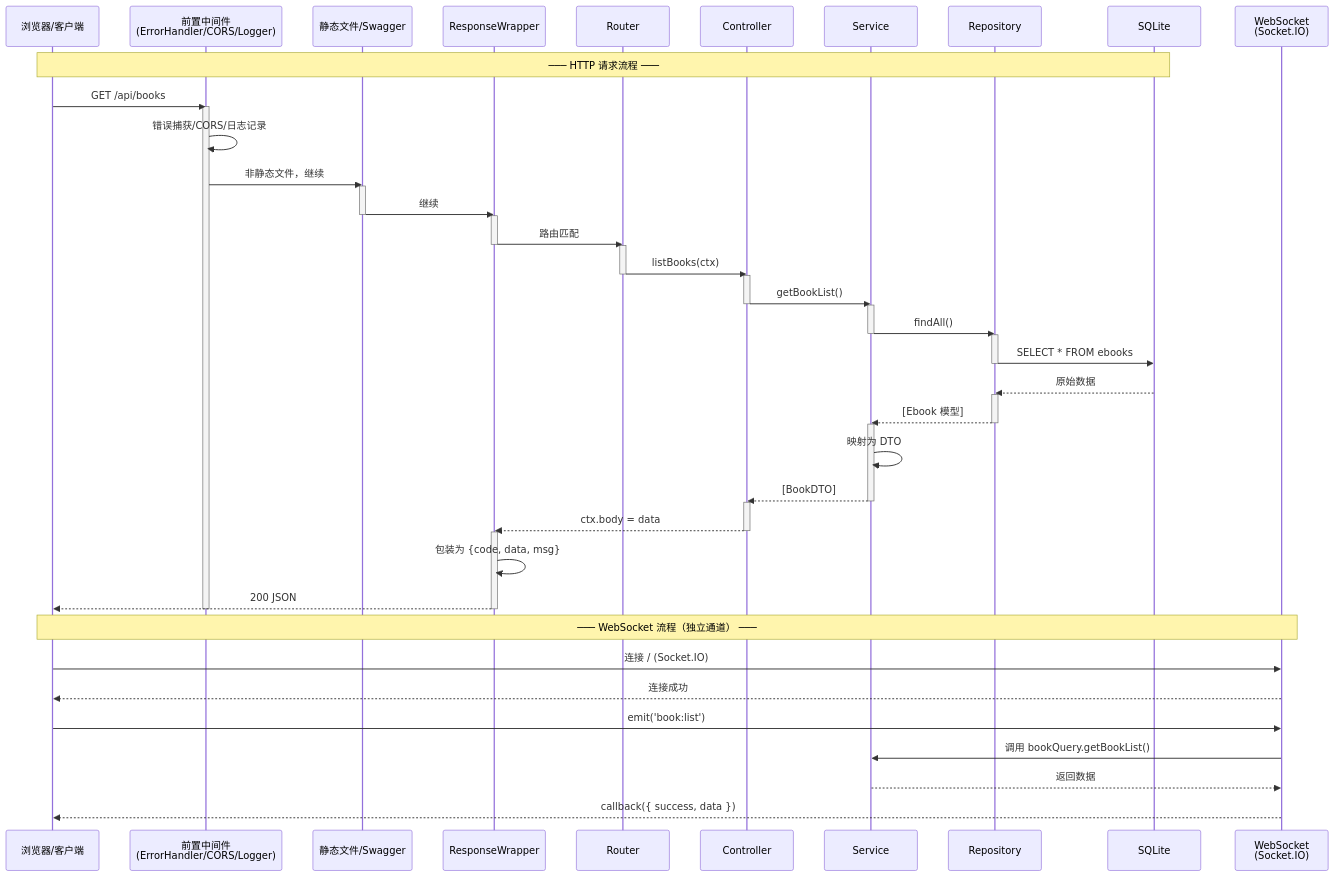
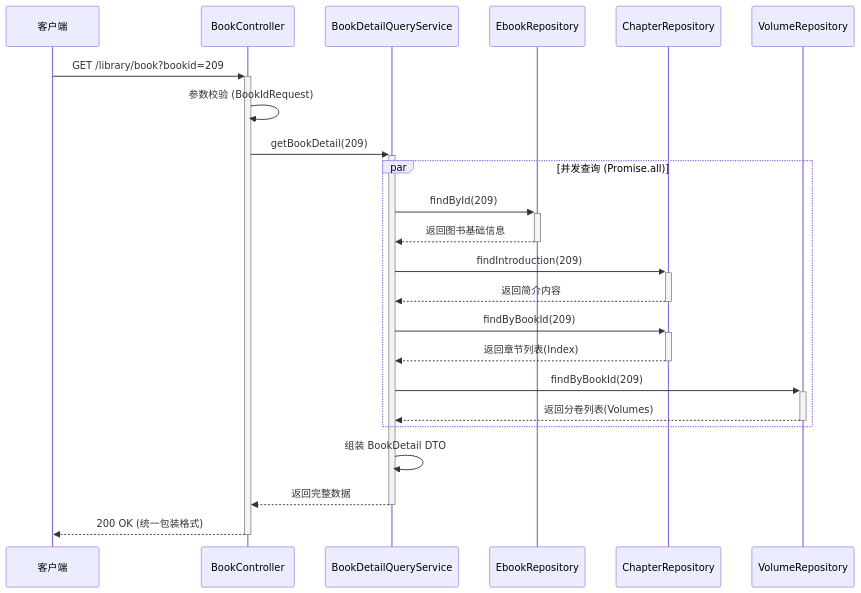
One commit to EbookWorkshop/Api-v4 changed the diagram in docs/sequence-diagram.mmd. Above: the diagram before and after it, drawn with Mermaid. The commit also changed 14 other files, not shown here.

```diff
--- a/docs/sequence-diagram.mmd
+++ b/docs/sequence-diagram.mmd
@@ -1,61 +1,26 @@
 sequenceDiagram
-    participant Client as 浏览器/客户端
-    participant PreMW as 前置中间件<br>(ErrorHandler/CORS/Logger)
-    participant Static as 静态文件/Swagger
-    participant Wrapper as ResponseWrapper
-    participant Router as Router
-    participant Controller as Controller
-    participant Service as Service
-    participant Repo as Repository
-    participant DB as SQLite
-    participant WS as WebSocket<br>(Socket.IO)
+    participant Client as 客户端
+    participant Controller as BookController
+    participant Service as BookDetailQueryService
+    participant EbookRepo as EbookRepository
+    participant ChapterRepo as ChapterRepository
+    participant VolumeRepo as VolumeRepository
 
-    Note over Client,DB: ─── HTTP 请求流程 ───
+    Client->>+Controller: GET /library/book?bookid=209
+    Controller->>Controller: 参数校验 (BookIdRequest)
+    Controller->>+Service: getBookDetail(209)
 
-    Client->>PreMW: GET /api/books
-    activate PreMW
-    PreMW->>PreMW: 错误捕获/CORS/日志记录
-    PreMW->>Static: 非静态文件，继续
-    activate Static
-    Static->>Wrapper: 继续
-    deactivate Static
-    activate Wrapper
-    Wrapper->>Router: 路由匹配
-    deactivate Wrapper
-    activate Router
-    Router->>Controller: listBooks(ctx)
-    deactivate Router
-    activate Controller
-    Controller->>Service: getBookList()
-    deactivate Controller
-    activate Service
-    Service->>Repo: findAll()
-    deactivate Service
-    activate Repo
-    Repo->>DB: SELECT * FROM ebooks
-    deactivate Repo
-    DB-->>Repo: 原始数据
-    activate Repo
-    Repo-->>Service: [Ebook 模型]
-    deactivate Repo
-    activate Service
-    Service->>Service: 映射为 DTO
-    Service-->>Controller: [BookDTO]
-    deactivate Service
-    activate Controller
-    Controller-->>Wrapper: ctx.body = data
-    deactivate Controller
-    activate Wrapper
-    Wrapper->>Wrapper: 包装为 {code, data, msg}
-    Wrapper-->>Client: 200 JSON
-    deactivate Wrapper
-    deactivate PreMW
+    par 并发查询 (Promise.all)
+        Service->>+EbookRepo: findById(209)
+        EbookRepo-->>-Service: 返回图书基础信息
+        Service->>+ChapterRepo: findIntroduction(209)
+        ChapterRepo-->>-Service: 返回简介内容
+        Service->>+ChapterRepo: findByBookId(209)
+        ChapterRepo-->>-Service: 返回章节列表(Index)
+        Service->>+VolumeRepo: findByBookId(209)
+        VolumeRepo-->>-Service: 返回分卷列表(Volumes)
+    end
 
-    Note over Client,WS: ─── WebSocket 流程（独立通道） ───
-
-    Client->>WS: 连接 / (Socket.IO)
-    WS-->>Client: 连接成功
-    Client->>WS: emit('book:list')
-    WS->>Service: 调用 bookQuery.getBookList()
-    Service-->>WS: 返回数据
-    WS-->>Client: callback({ success, data })
+    Service->>Service: 组装 BookDetail DTO
+    Service-->>-Controller: 返回完整数据
+    Controller-->>-Client: 200 OK (统一包装格式)
```
